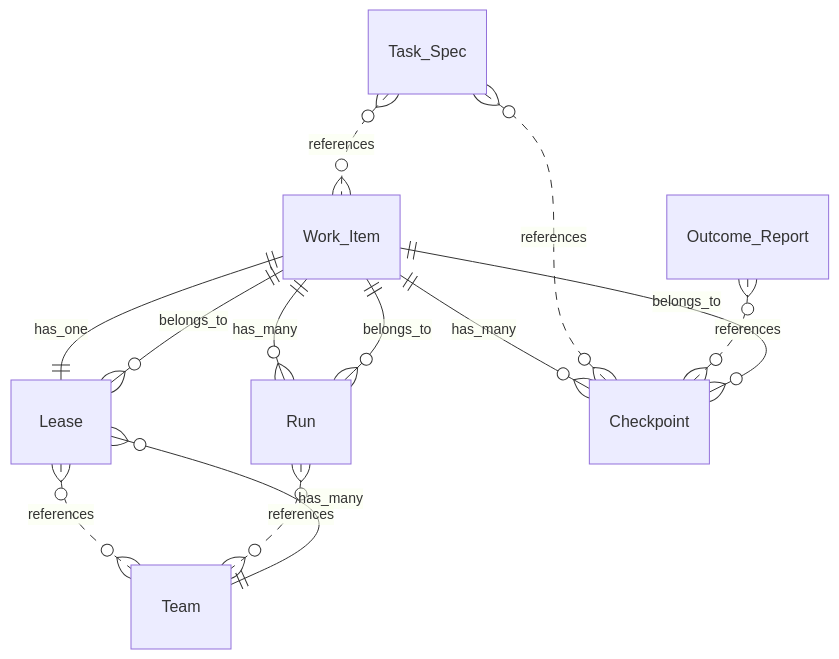
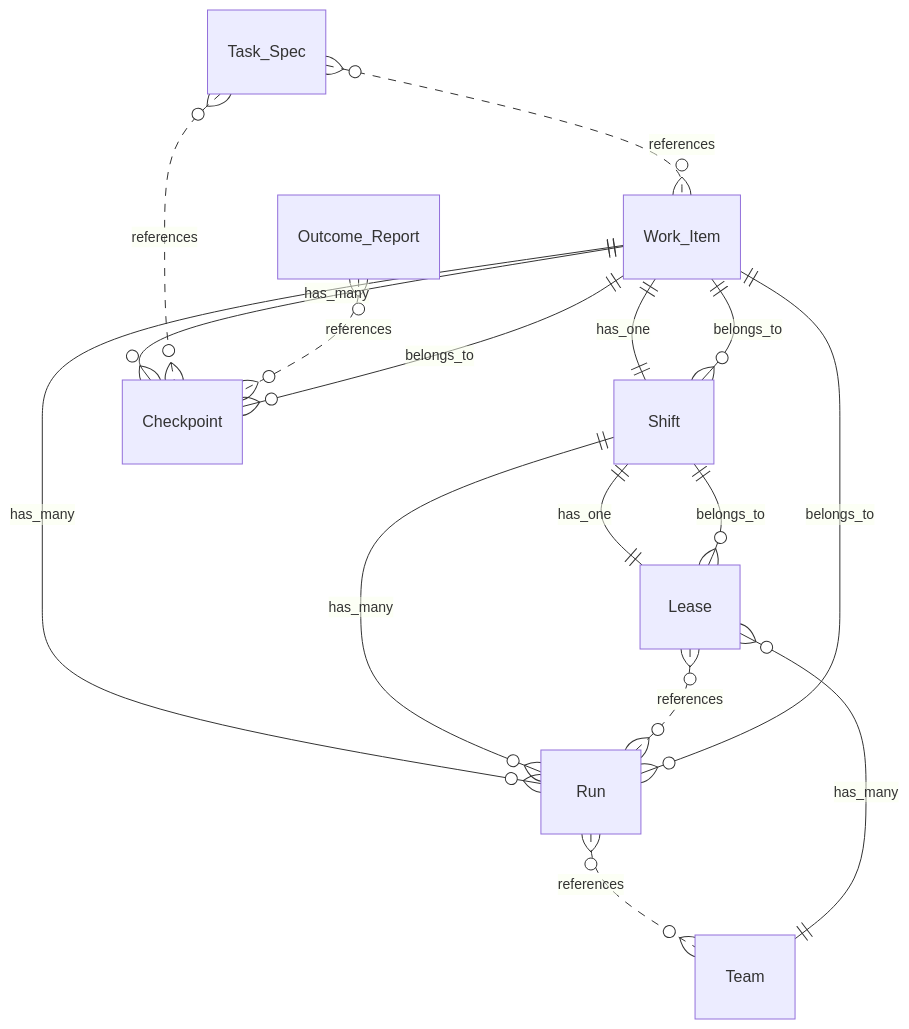
Before and after one commit to webgrip/ploeg: the second of 2 diagrams in docs/domain/overview.md, drawn with Mermaid. The commit also changed other lines of this file and 3 other files, not shown here.

````diff
--- a/docs/domain/overview.md
+++ b/docs/domain/overview.md
@@ -42,22 +48,26 @@
 ```mermaid
 erDiagram
     Work_Item {}
+    Shift {}
     Lease {}
     Run {}
     Checkpoint {}
     Team {}
     Task_Spec {}
     Outcome_Report {}
-    Work_Item ||--|| Lease : has_one
+    Work_Item ||--|| Shift : has_one
     Work_Item ||--o{ Run : has_many
     Work_Item ||--o{ Checkpoint : has_many
-    Lease }o--|| Work_Item : belongs_to
-    Lease }o..o{ Team : references
+    Shift }o--|| Work_Item : belongs_to
+    Shift ||--|| Lease : has_one
+    Shift ||--o{ Run : has_many
+    Lease }o--|| Shift : belongs_to
+    Lease }o..o{ Run : references
     Run }o--|| Work_Item : belongs_to
     Run }o..o{ Team : references
     Checkpoint }o--|| Work_Item : belongs_to
     Team ||--o{ Lease : has_many
     Task_Spec }o..o{ Work_Item : references
     Task_Spec }o..o{ Checkpoint : references
     Outcome_Report }o..o{ Checkpoint : references
 ```
````
